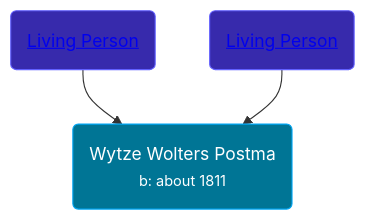
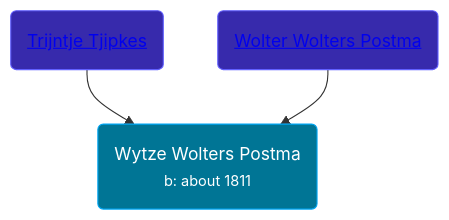
Before and after one commit to wpmgotkh/wpmgotkh.github.io: the diagram in pages/people/6/61192664.md, drawn with Mermaid. The commit also changed other lines of this file and 586 other files, not shown here.

Commit message:
feat: better shouldConsiderPersonLiving algo

````diff
--- a/pages/people/6/61192664.md
+++ b/pages/people/6/61192664.md
@@ -10,9 +10,9 @@
 ```mermaid
 graph
 classDef grands fill:#193cb8,stroke:#2b7fff,stroke-width:1px,color:#fff;
 classDef parents fill:#372aac,stroke:#615fff,stroke-width:1px,color:#fff;
 classDef primary fill:#007595,stroke:#00a6f4,stroke-width:1px,color:#fff;
 61192664(Wytze Wolters Postma<br /><small>b: about 1811</small>):::primary
-78249927(<a class="text-white" href="/people/7/78249927">Living Person</a>):::parents-->61192664
-26527652(<a class="text-white" href="/people/2/26527652">Living Person</a>):::parents-->61192664
+78249927(<a class="text-white" href="/people/7/78249927">Trijntje Tjipkes</a>):::parents-->61192664
+26527652(<a class="text-white" href="/people/2/26527652">Wolter Wolters Postma</a>):::parents-->61192664
 ```
````
